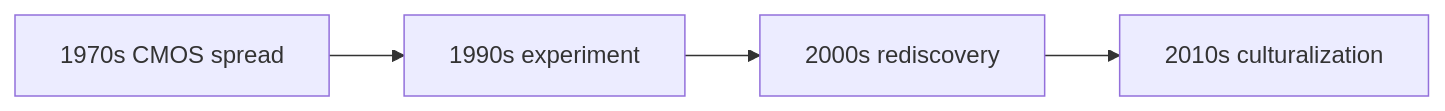
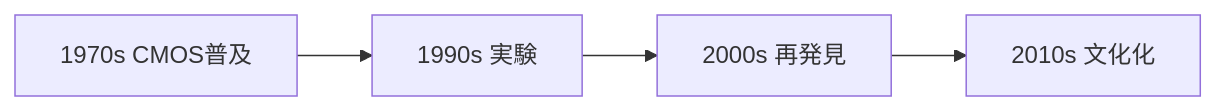
Before and after one commit to monumental-movement/monumental-movement.github.io: the fifth of 5 diagrams in en/_posts/2026-04-11-column-lunetta-cmos.md, drawn with Mermaid. The commit also changed other lines of this file and 2196 other files, not shown here.

```diff
--- a/en/_posts/2026-04-11-column-lunetta-cmos.md
+++ b/en/_posts/2026-04-11-column-lunetta-cmos.md
@@ -241,6 +240,6 @@
 <div class="mermaid">
 flowchart LR
-A[1970s CMOS spread] --> B[1990s experiment]
-B --> C[2000s rediscovery]
-C --> D[2010s culturalization]
+A[1970s CMOS普及] --> B[1990s 実験]
+B --> C[2000s 再発見]
+C --> D[2010s 文化化]
 </div>
```
